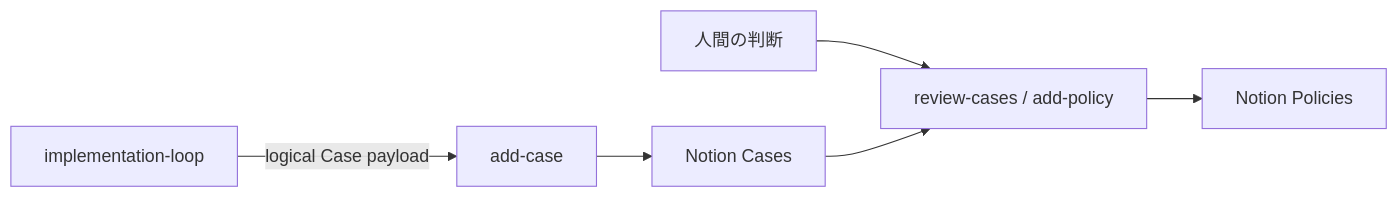
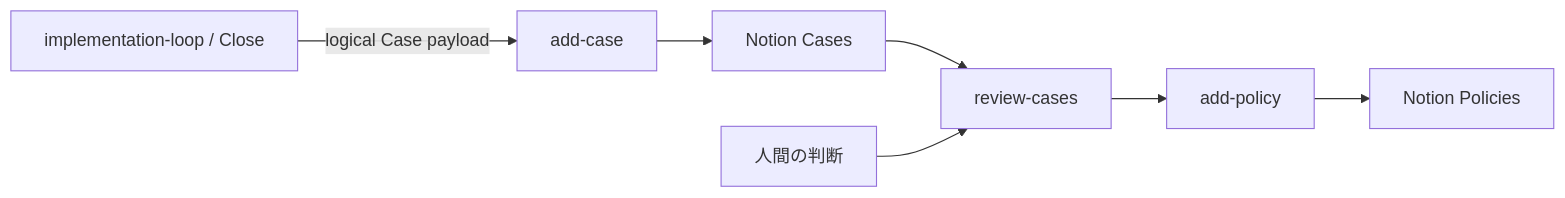
The second of 2 diagrams in agent-development-workflow.md (hnishim/harness), drawn with Mermaid before and after one commit. The commit also changed other lines of this file, not shown here.

Commit message:
HIR-178: slim canonical architecture document

````diff
--- a/agent-development-workflow.md
+++ b/agent-development-workflow.md
@@ -419,8 +132,9 @@
 ```mermaid
 flowchart LR
-    WF[implementation-loop] -->|logical Case payload| AC[add-case]
+    W[implementation-loop / Close] -->|logical Case payload| AC[add-case]
     AC --> C[Notion Cases]
-    H[人間の判断] --> RC[review-cases / add-policy]
-    C --> RC
-    RC --> P[Notion Policies]
+    C --> R[review-cases]
+    H[人間の判断] --> R
+    R --> AP[add-policy]
+    AP --> P[Notion Policies]
 ```
````
